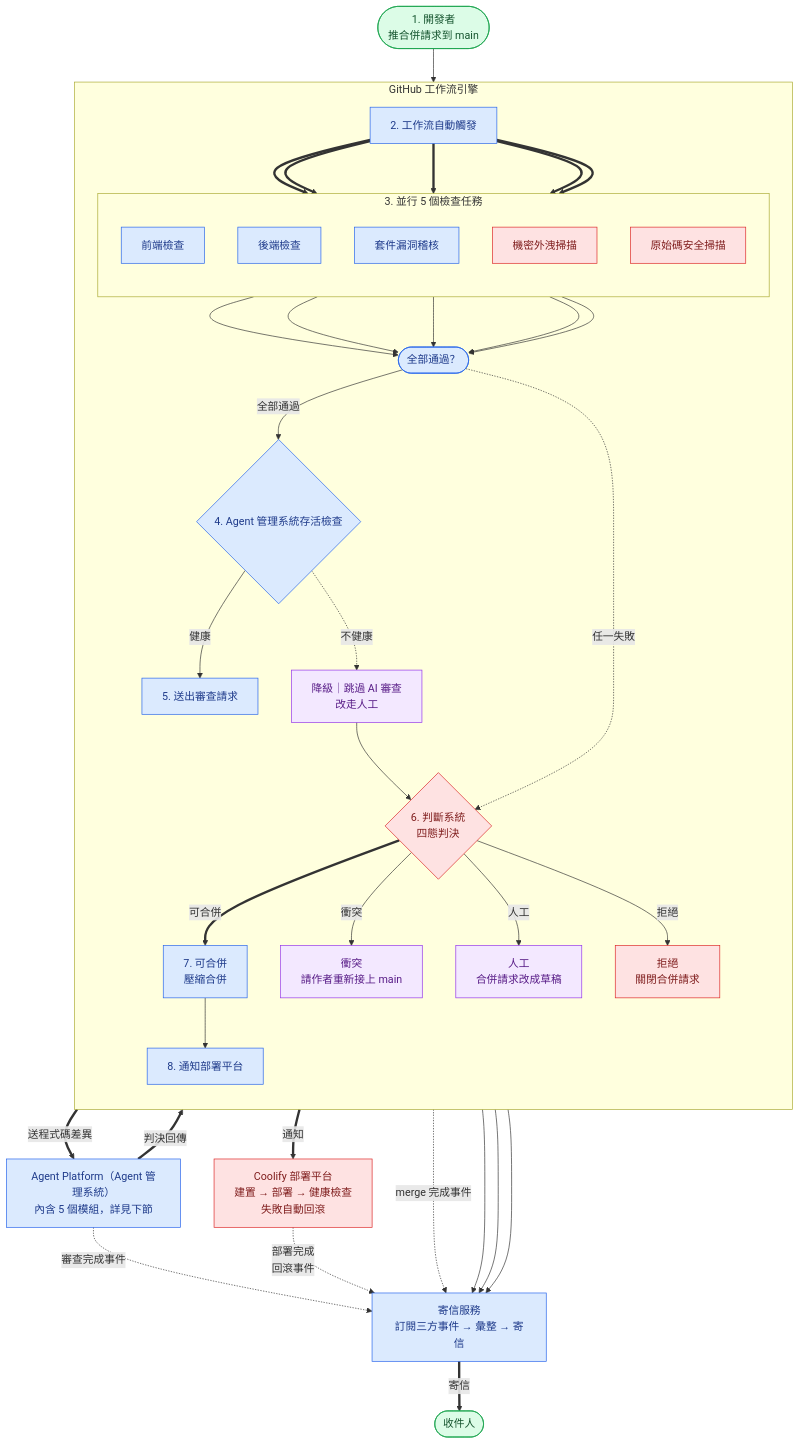
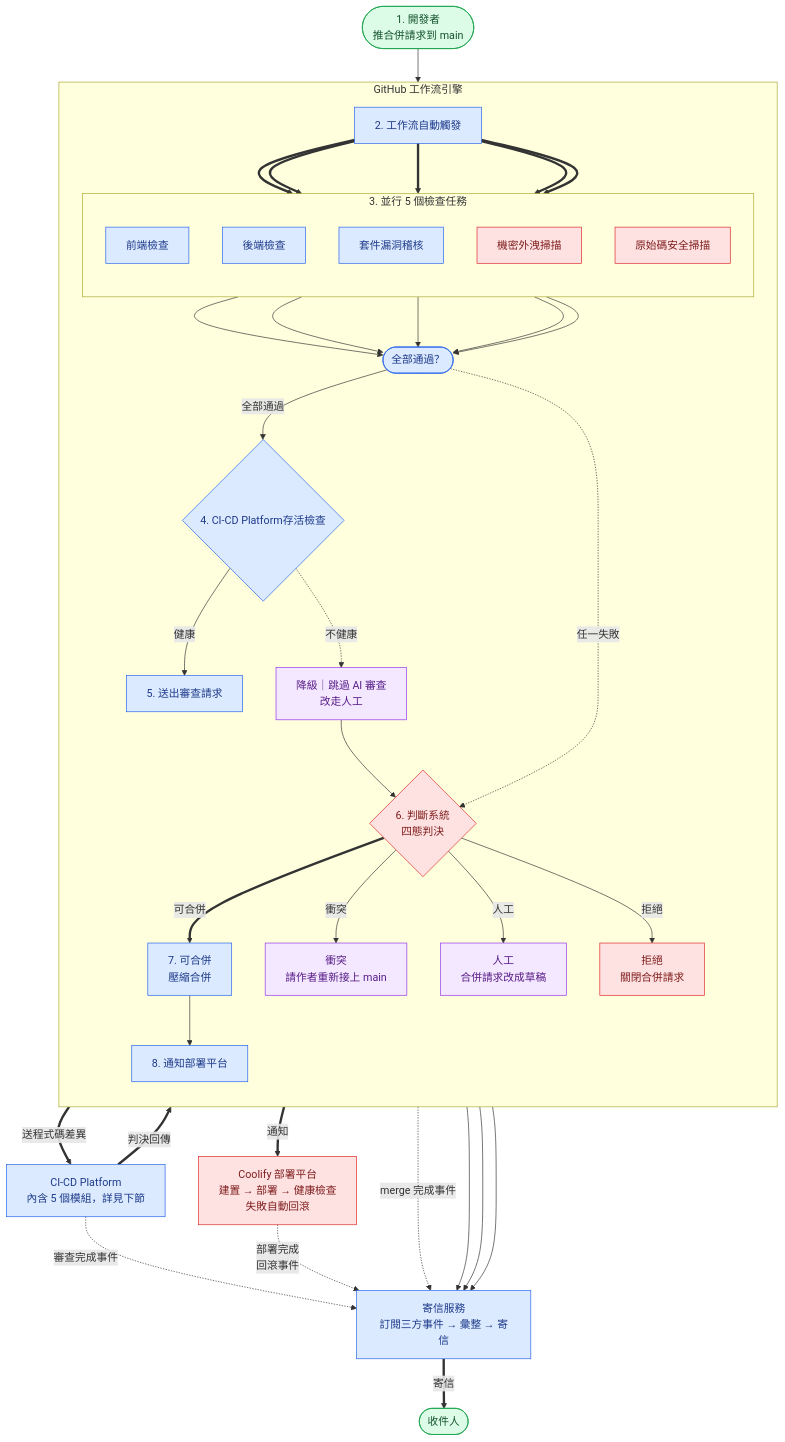
Before and after one commit to Jiaye-DF/AI-Spec: the first of 4 diagrams in Architecture/Auto-CI-CD/workflow-v1.1/workflow-v1.1.md, drawn with Mermaid. The commit also changed other lines of this file and 3 other files, not shown here.

````diff
--- a/Architecture/Auto-CI-CD/workflow-v1.1/workflow-v1.1.md
+++ b/Architecture/Auto-CI-CD/workflow-v1.1/workflow-v1.1.md
@@ -16,71 +16,71 @@
 ```mermaid
 %%{init: {'flowchart': {'htmlLabels': true, 'curve': 'basis'}} }%%
 flowchart TB
   Dev([1. 開發者<br>推合併請求到 main]):::user
 
   subgraph GH[GitHub 工作流引擎]
     direction TB
     Trigger[2. 工作流自動觸發]:::it
     subgraph CI[3. 並行 5 個檢查任務]
       direction TB
       JFront[前端檢查]:::it
       JBack[後端檢查]:::it
       JAudit[套件漏洞稽核]:::it
       JSec[機密外洩掃描]:::critical
       JSecsc[原始碼安全掃描]:::critical
     end
     Fanin([全部通過？]):::it
-    Health{4. Agent 管理系統存活檢查}:::it
+    Health{4. CI-CD Platform存活檢查}:::it
     Call[5. 送出審查請求]:::it
     Skip[降級｜跳過 AI 審查<br>改走人工]:::shared
     Gate{6. 判斷系統<br>四態判決}:::critical
     Merge[7. 可合併<br>壓縮合併]:::it
     Conflict[衝突<br>請作者重新接上 main]:::shared
     Manual[人工<br>合併請求改成草稿]:::shared
     Reject[拒絕<br>關閉合併請求]:::critical
     Webhook[8. 通知部署平台]:::it
   end
 
-  Dispatch[Agent Platform（Agent 管理系統）<br>內含 5 個模組，詳見下節]:::it
+  Dispatch[CI-CD Platform<br>內含 5 個模組，詳見下節]:::it
   Coolify[Coolify 部署平台<br>建置 → 部署 → 健康檢查<br>失敗自動回滾]:::critical
   Notifier[寄信服務<br>訂閱三方事件 → 彙整 → 寄信]:::it
   Human([收件人]):::user
 
   Dev --> Trigger
   Trigger ==> JFront
   Trigger ==> JBack
   Trigger ==> JAudit
   Trigger ==> JSec
   Trigger ==> JSecsc
   JFront --> Fanin
   JBack --> Fanin
   JAudit --> Fanin
   JSec --> Fanin
   JSecsc --> Fanin
   Fanin -->|全部通過| Health
   Fanin -.任一失敗.-> Gate
   Health -->|健康| Call
   Health -.不健康.-> Skip
   Skip --> Gate
   Call ==>|送程式碼差異| Dispatch
   Dispatch ==>|判決回傳| Gate
   Gate ==>|可合併| Merge
   Gate -->|衝突| Conflict
   Gate -->|人工| Manual
   Gate -->|拒絕| Reject
   Merge --> Webhook
   Webhook ==>|通知| Coolify
 
   Dispatch -.->|審查完成事件| Notifier
   Coolify -.->|"部署完成<br>回滾事件"| Notifier
   Merge -.->|merge 完成事件| Notifier
   Conflict --> Notifier
   Manual --> Notifier
   Reject --> Notifier
   Notifier ==>|寄信| Human
 
   classDef user fill:#dcfce7,stroke:#16a34a,color:#14532d
   classDef it fill:#dbeafe,stroke:#2563eb,color:#1e3a8a
   classDef shared fill:#f3e8ff,stroke:#9333ea,color:#581c87
   classDef critical fill:#fee2e2,stroke:#dc2626,color:#7f1d1d
 ```
````
